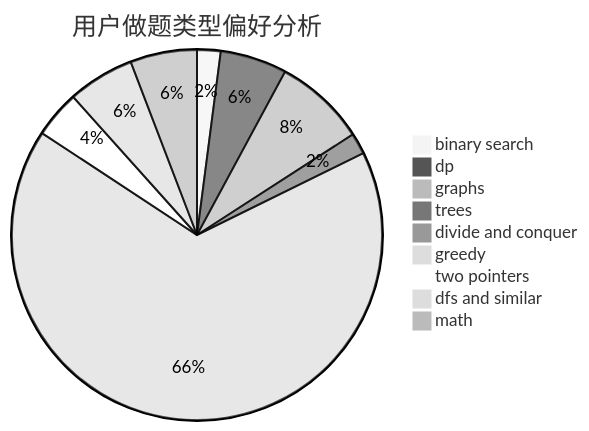
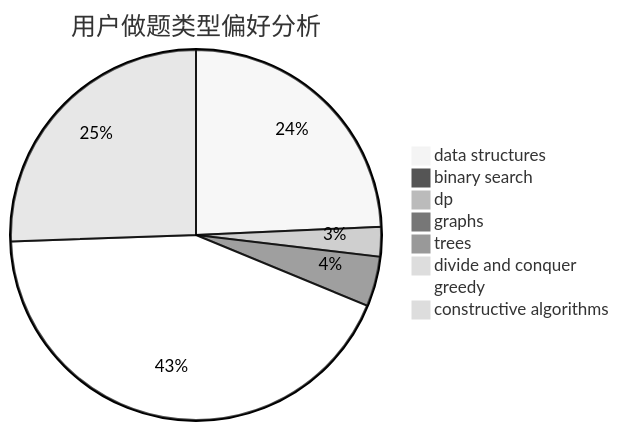
The second of 3 diagrams in docs/user/u1984.md (sherpahu/cfrs.github.io), drawn with Mermaid (neutral theme) before and after one commit. The commit also changed other lines of this file and 2775 other files, not shown here.

````diff
--- a/docs/user/u1984.md
+++ b/docs/user/u1984.md
@@ -23,12 +23,11 @@
 ```mermaid
 pie title 用户做题类型偏好分析
-    "binary search" :  30
-    "dp" :  85
-    "graphs" :  117
-    "trees" :  27
-    "divide and conquer" :  11
-    "greedy" :  972
-    "two pointers" :  60
-    "dfs and similar" :  85
-    "math" :  85
+    "data structures" :  479
+    "binary search" :  7
+    "dp" :  51
+    "graphs" :  86
+    "trees" :  12
+    "divide and conquer" :  5
+    "greedy" :  852
+    "constructive algorithms" :  504
 ```
````
